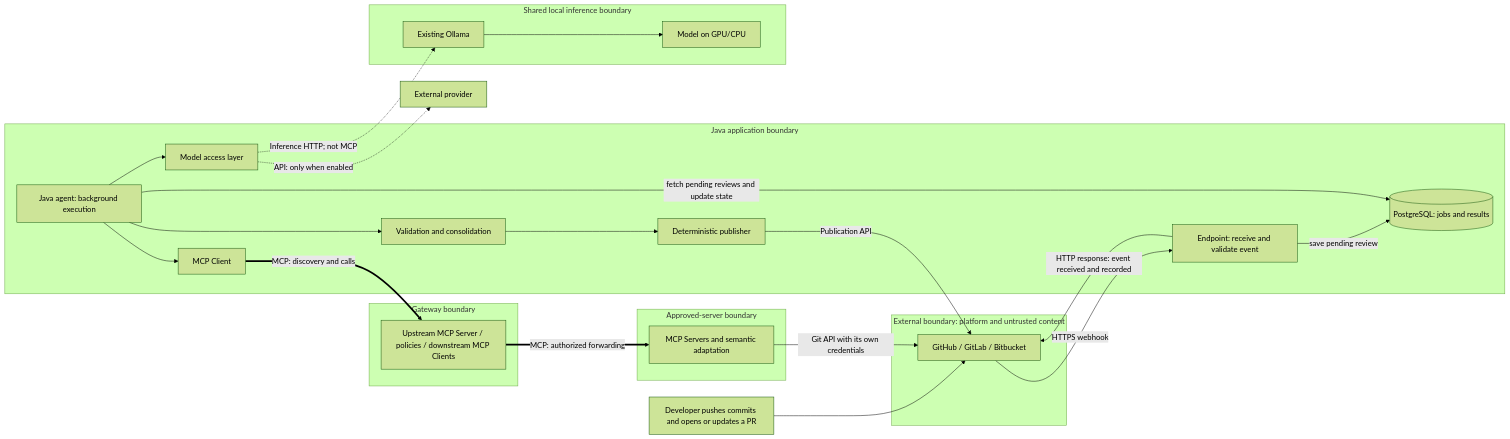
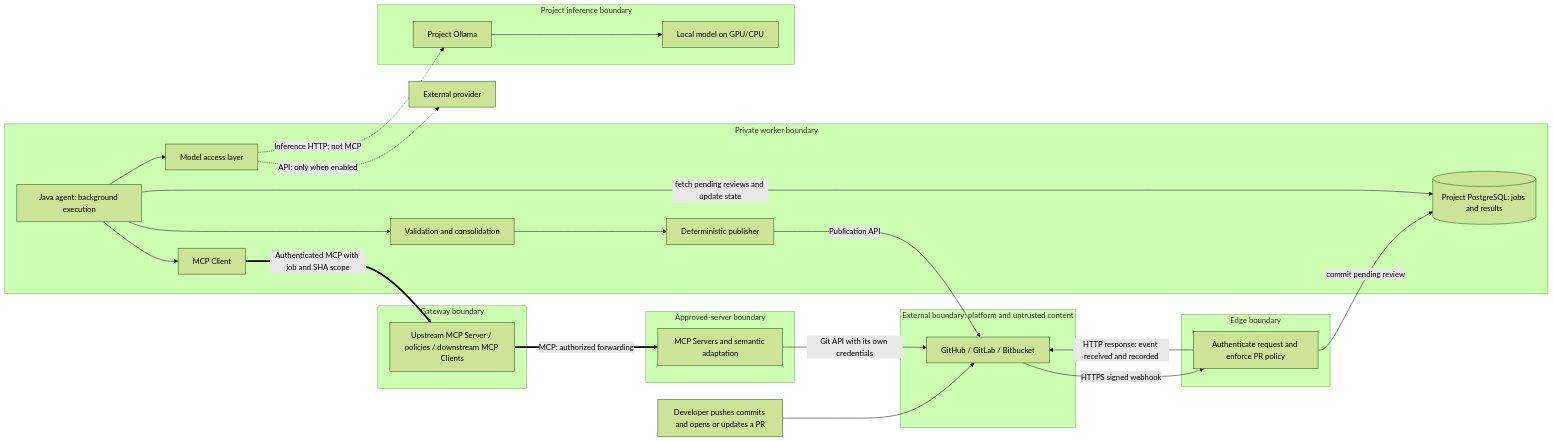
Before and after one commit to cleisommais/mcp-api-gateway: the first of 2 diagrams in docs/architecture.md, drawn with Mermaid (forest theme). The commit also changed other lines of this file and 49 other files, not shown here.

Commit message:
feat: add F4 signed webhook jobs and private GitHub App support

````diff
--- a/docs/architecture.md
+++ b/docs/architecture.md
@@ -44,32 +44,35 @@
 ```mermaid
 flowchart LR
   Dev["Developer pushes commits and opens or updates a PR"] --> Git
   subgraph EXT["External boundary: platform and untrusted content"]
     Git["GitHub / GitLab / Bitbucket"]
   end
-  Git -->|"HTTPS webhook"| In
-  subgraph APP["Java application boundary"]
-    In["Endpoint: receive and validate event"] -->|"save pending review"| DB[("PostgreSQL: jobs and results")]
+  Git -->|"HTTPS signed webhook"| In
+  subgraph EDGE["Edge boundary"]
+    In["Authenticate request and enforce PR policy"]
+  end
+  In -->|"commit pending review"| DB[("Project PostgreSQL: jobs and results")]
+  subgraph APP["Private worker boundary"]
     W["Java agent: background execution"] -->|"fetch pending reviews and update state"| DB
     W --> MC["MCP Client"]
     W --> Models["Model access layer"]
     W --> V["Validation and consolidation"]
     V --> Pub["Deterministic publisher"]
   end
   In -->|"HTTP response: event received and recorded"| Git
   subgraph GOV["Gateway boundary"]
     GW["Upstream MCP Server / policies / downstream MCP Clients"]
   end
   subgraph DOWN["Approved-server boundary"]
     S["MCP Servers and semantic adaptation"]
   end
-  MC ==>|"MCP: discovery and calls"| GW
+  MC ==>|"Authenticated MCP with job and SHA scope"| GW
   GW ==>|"MCP: authorized forwarding"| S
   S -->|"Git API with its own credentials"| Git
   Pub -->|"Publication API"| Git
-  subgraph INF["Shared local inference boundary"]
-    O["Existing Ollama"] --> M["Model on GPU/CPU"]
+  subgraph INF["Project inference boundary"]
+    O["Project Ollama"] --> M["Local model on GPU/CPU"]
   end
   Models -.->|"Inference HTTP; not MCP"| O
   Models -.->|"API: only when enabled"| Cloud["External provider"]
 ```
````
